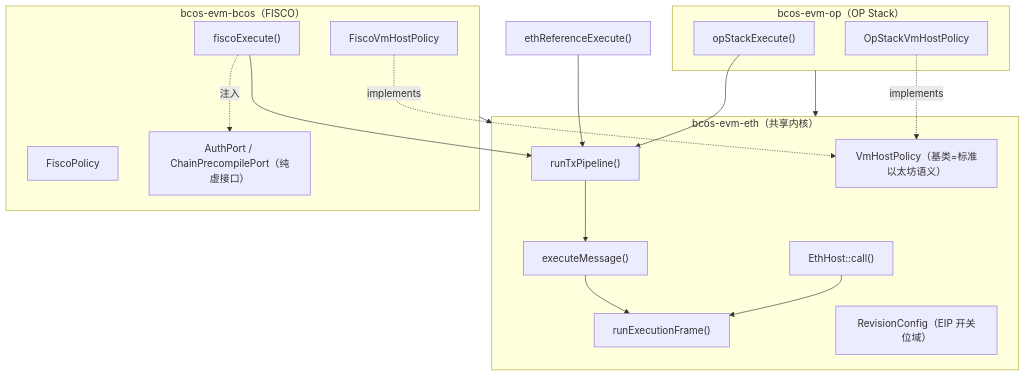
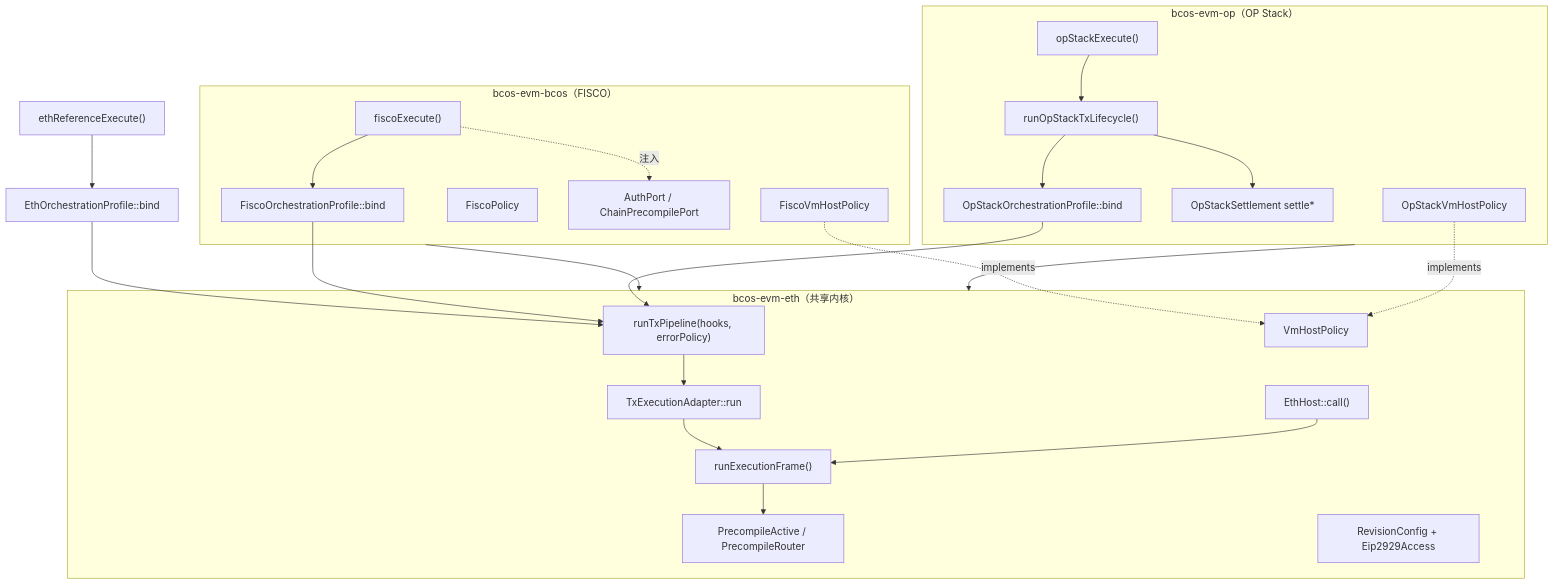
The diagram in bcos-evm/docs/architecture-overview.md (ywy2090/FISCO-BCOS), drawn with Mermaid before and after one commit. The commit also changed other lines of this file and 50 other files, not shown here.

First line of the commit message:
ref(bcos-evm): Typed ChainPrecheckPolicy and FrameTargetResolver routing

````diff
--- a/bcos-evm/docs/architecture-overview.md
+++ b/bcos-evm/docs/architecture-overview.md
@@ -36,32 +36,41 @@
 ```mermaid
 graph TD
     subgraph kernel["bcos-evm-eth（共享内核）"]
-        RO["runTxPipeline()"]
+        RO["runTxPipeline(hooks, errorPolicy)"]
+        TEA["TxExecutionAdapter::run"]
         EF["runExecutionFrame()"]
-        EM["executeMessage()"]
+        PA["PrecompileActive / PrecompileRouter"]
         EH["EthHost::call()"]
-        VHP["VmHostPolicy（基类=标准以太坊语义）"]
-        RC["RevisionConfig（EIP 开关位域）"]
+        VHP["VmHostPolicy"]
+        RC["RevisionConfig + Eip2929Access"]
     end
     subgraph bcos["bcos-evm-bcos（FISCO）"]
         FEB["fiscoExecute()"]
+        FOP["FiscoOrchestrationProfile::bind"]
         FVP["FiscoVmHostPolicy"]
         FP["FiscoPolicy"]
-        PORTS["AuthPort / ChainPrecompilePort（纯虚接口）"]
+        PORTS["AuthPort / ChainPrecompilePort"]
     end
     subgraph op["bcos-evm-op（OP Stack）"]
         OEB["opStackExecute()"]
+        OTL["runOpStackTxLifecycle()"]
+        OOP["OpStackOrchestrationProfile::bind"]
+        OSET["OpStackSettlement settle*"]
         OVP["OpStackVmHostPolicy"]
     end
-    ETH["ethReferenceExecute()"] --> RO
-    FEB --> RO
-    OEB --> RO
-    RO --> EM
-    EM --> EF
+    ETH["ethReferenceExecute()"] --> EOP["EthOrchestrationProfile::bind"]
+    EOP --> RO
+    FEB --> FOP --> RO
+    OEB --> OTL
+    OTL --> OOP --> RO
+    OTL --> OSET
+    RO --> TEA
+    TEA --> EF
+    EF --> PA
     EH --> EF
     FVP -.implements.-> VHP
     OVP -.implements.-> VHP
     FEB -. 注入 .-> PORTS
     bcos --> kernel
     op --> kernel
 ```
````
